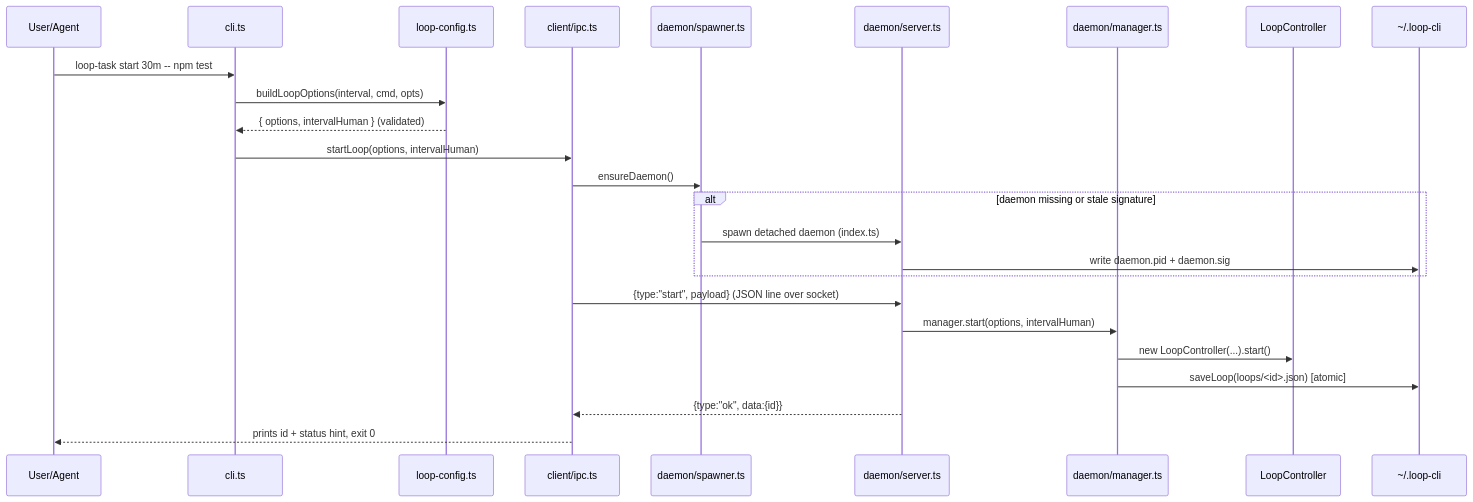
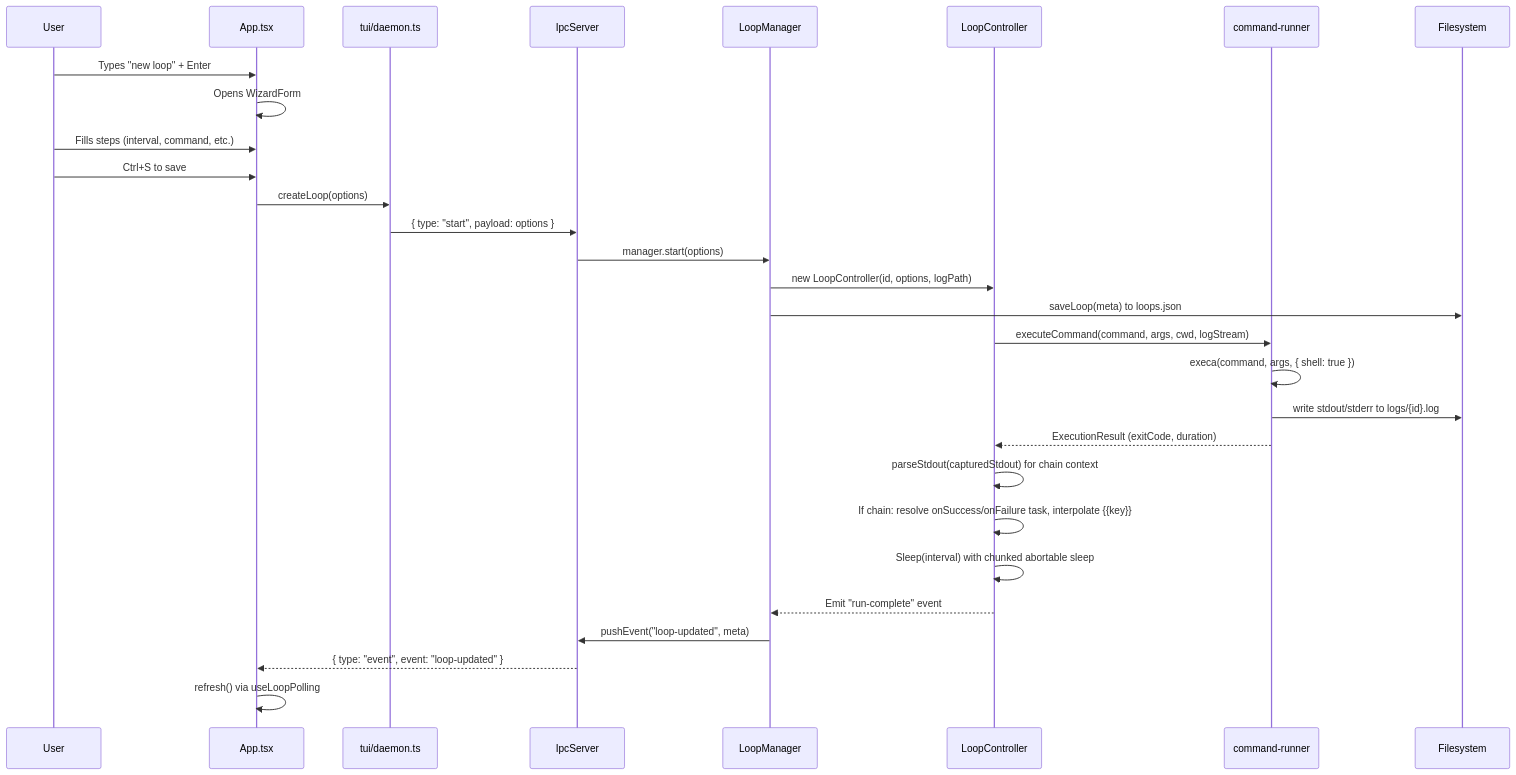
Before and after one commit to CKGrafico/loop-task: the second of 3 diagrams in ARCHITECTURE.md, drawn with Mermaid. The commit also changed other lines of this file and 71 other files, not shown here.

````diff
--- a/ARCHITECTURE.md
+++ b/ARCHITECTURE.md
@@ -251,28 +280,32 @@
 ```mermaid
 sequenceDiagram
-    participant U as User/Agent
-    participant CLI as cli.ts
-    participant LC as loop-config.ts
-    participant C as client/ipc.ts
-    participant SP as daemon/spawner.ts
-    participant S as daemon/server.ts
-    participant M as daemon/manager.ts
-    participant LCtrl as LoopController
-    participant FS as ~/.loop-cli
+    participant User
+    participant TUI as App.tsx
+    participant CI as tui/daemon.ts
+    participant Srv as IpcServer
+    participant Mgr as LoopManager
+    participant Ctrl as LoopController
+    participant Runner as command-runner
+    participant FS as Filesystem
 
-    U->>CLI: loop-task start 30m -- npm test
-    CLI->>LC: buildLoopOptions(interval, cmd, opts)
-    LC-->>CLI: { options, intervalHuman } (validated)
-    CLI->>C: startLoop(options, intervalHuman)
-    C->>SP: ensureDaemon()
-    alt daemon missing or stale signature
-        SP->>S: spawn detached daemon (index.ts)
-        S->>FS: write daemon.pid + daemon.sig
-    end
-    C->>S: {type:"start", payload} (JSON line over socket)
-    S->>M: manager.start(options, intervalHuman)
-    M->>LCtrl: new LoopController(...).start()
-    M->>FS: saveLoop(loops/<id>.json) [atomic]
-    S-->>C: {type:"ok", data:{id}}
-    C-->>U: prints id + status hint, exit 0
+    User->>TUI: Types "new loop" + Enter
+    TUI->>TUI: Opens WizardForm
+    User->>TUI: Fills steps (interval, command, etc.)
+    User->>TUI: Ctrl+S to save
+    TUI->>CI: createLoop(options)
+    CI->>Srv: { type: "start", payload: options }
+    Srv->>Mgr: manager.start(options)
+    Mgr->>Ctrl: new LoopController(id, options, logPath)
+    Mgr->>FS: saveLoop(meta) to loops.json
+    Ctrl->>Runner: executeCommand(command, args, cwd, logStream)
+    Runner->>Runner: execa(command, args, { shell: true })
+    Runner->>FS: write stdout/stderr to logs/{id}.log
+    Runner-->>Ctrl: ExecutionResult (exitCode, duration)
+    Ctrl->>Ctrl: parseStdout(capturedStdout) for chain context
+    Ctrl->>Ctrl: If chain: resolve onSuccess/onFailure task, interpolate {{key}}
+    Ctrl->>Ctrl: Sleep(interval) with chunked abortable sleep
+    Ctrl-->>Mgr: Emit "run-complete" event
+    Mgr->>Srv: pushEvent("loop-updated", meta)
+    Srv-->>TUI: { type: "event", event: "loop-updated" }
+    TUI->>TUI: refresh() via useLoopPolling
 ```
````
